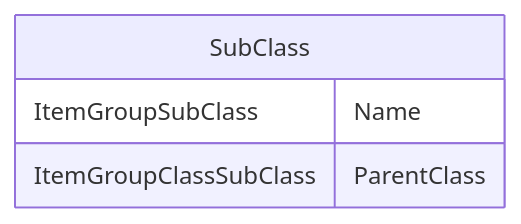
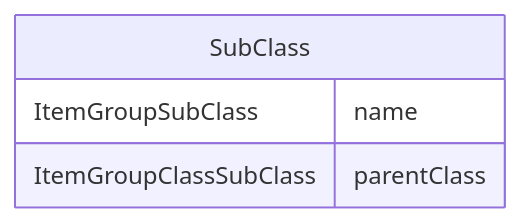
The diagram in docs/SubClass.md (cdisc-org/DataExchange-ODM-LinkML), drawn with Mermaid before and after one commit. The commit also changed other lines of this file and 759 other files, not shown here.

````diff
--- a/docs/SubClass.md
+++ b/docs/SubClass.md
@@ -11,10 +11,10 @@
 ```mermaid
 erDiagram
 SubClass {
-    ItemGroupSubClass Name  
-    ItemGroupClassSubClass ParentClass  
+    ItemGroupSubClass name  
+    ItemGroupClassSubClass parentClass  
 }
 
 
 
 ```
````
